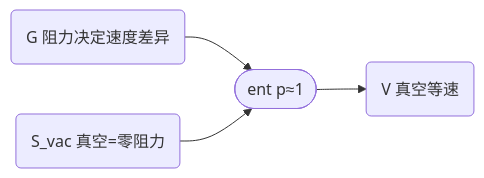
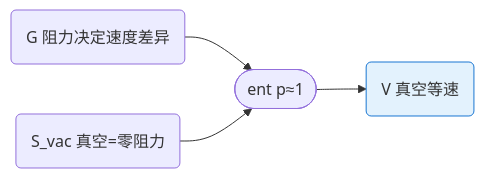
The seventh of 9 diagrams in docs/foundations/theory/science-formalization.md (SiliconEinstein/Gaia), drawn with Mermaid before and after one commit. The commit also changed other lines of this file, not shown here.

First line of the commit message:
docs: align W₂ Part a with coarse graph inputs, fix Mermaid styling

````diff
--- a/docs/foundations/theory/science-formalization.md
+++ b/docs/foundations/theory/science-formalization.md
@@ -311,6 +310,8 @@
 ```mermaid
 graph LR
     G("G 阻力决定速度差异") --> f(["ent p≈1"])
     Svac("S_vac 真空=零阻力") --> f
-    f --> V("V 真空等速")
+    f --> V("V 真空等速"):::concl
+
+    classDef concl fill:#e3f2fd,stroke:#1976d2
 ```
````
